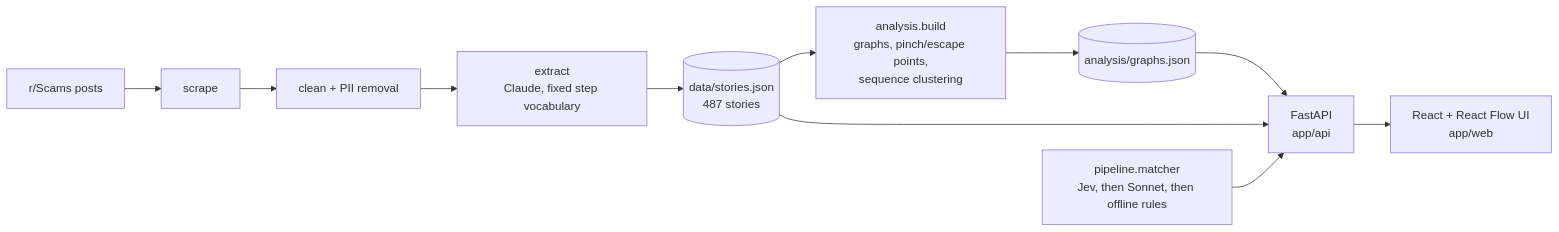
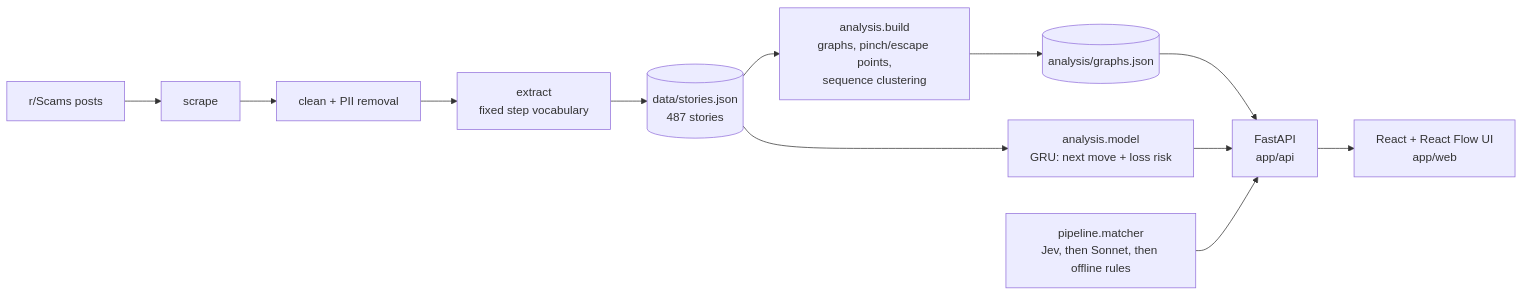
The diagram in README.md (farajgrow/Neural-Network), drawn with Mermaid before and after one commit. The commit also changed other lines of this file and 6 other files, not shown here.

````diff
--- a/README.md
+++ b/README.md
@@ -19,11 +31,12 @@
 ```mermaid
 flowchart LR
-  R[r/Scams posts] --> S[scrape] --> C[clean + PII removal] --> X[extract<br/>Claude, fixed step vocabulary]
+  R[r/Scams posts] --> S[scrape] --> C[clean + PII removal] --> X[extract<br/>fixed step vocabulary]
   X --> D[(data/stories.json<br/>487 stories)]
   D --> G[analysis.build<br/>graphs, pinch/escape points,<br/>sequence clustering]
+  D --> N[analysis.model<br/>GRU: next move + loss risk]
   G --> J[(analysis/graphs.json)]
   J --> A[FastAPI<br/>app/api]
-  D --> A
+  N --> A
   M[pipeline.matcher<br/>Jev, then Sonnet, then offline rules] --> A
   A --> W[React + React Flow UI<br/>app/web]
 ```
````
